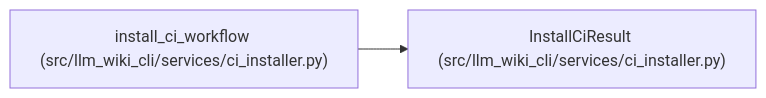
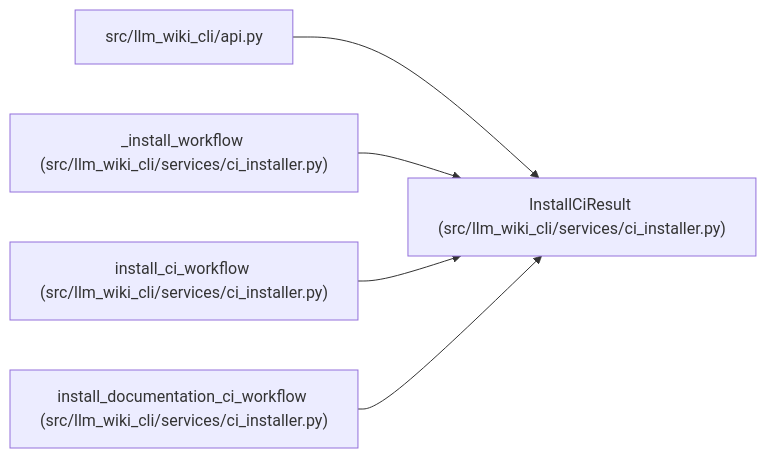
The diagram in docs/llm_wiki/entities/InstallCiResult.md (Denissvgn/python-wiki-llm), drawn with Mermaid before and after one commit. The commit also changed other lines of this file and 369 other files, not shown here.

Commit message:
feat: install a read-only GitHub wiki candidate workflow

````diff
--- a/docs/llm_wiki/entities/InstallCiResult.md
+++ b/docs/llm_wiki/entities/InstallCiResult.md
@@ -32,8 +32,17 @@
 ```mermaid
 flowchart LR
     n0["InstallCiResult (src/llm_wiki_cli/services/ci_installer.py)"]
-    n1["install_ci_workflow (src/llm_wiki_cli/services/ci_installer.py)"]
+    n1["src/llm_wiki_cli/api.py"]
+    n2["_install_workflow (src/llm_wiki_cli/services/ci_installer.py)"]
+    n3["install_ci_workflow (src/llm_wiki_cli/services/ci_installer.py)"]
+    n4["install_documentation_ci_workflow (src/llm_wiki_cli/services/ci_installer.py)"]
     n1 --> n0
+    n2 --> n0
+    n3 --> n0
+    n4 --> n0
     click n0 "../modules/ci_installer.md"
-    click n1 "../modules/ci_installer.md"
+    click n1 "../modules/api.md"
+    click n2 "../modules/ci_installer.md"
+    click n3 "../modules/ci_installer.md"
+    click n4 "../modules/ci_installer.md"
 ```
````
